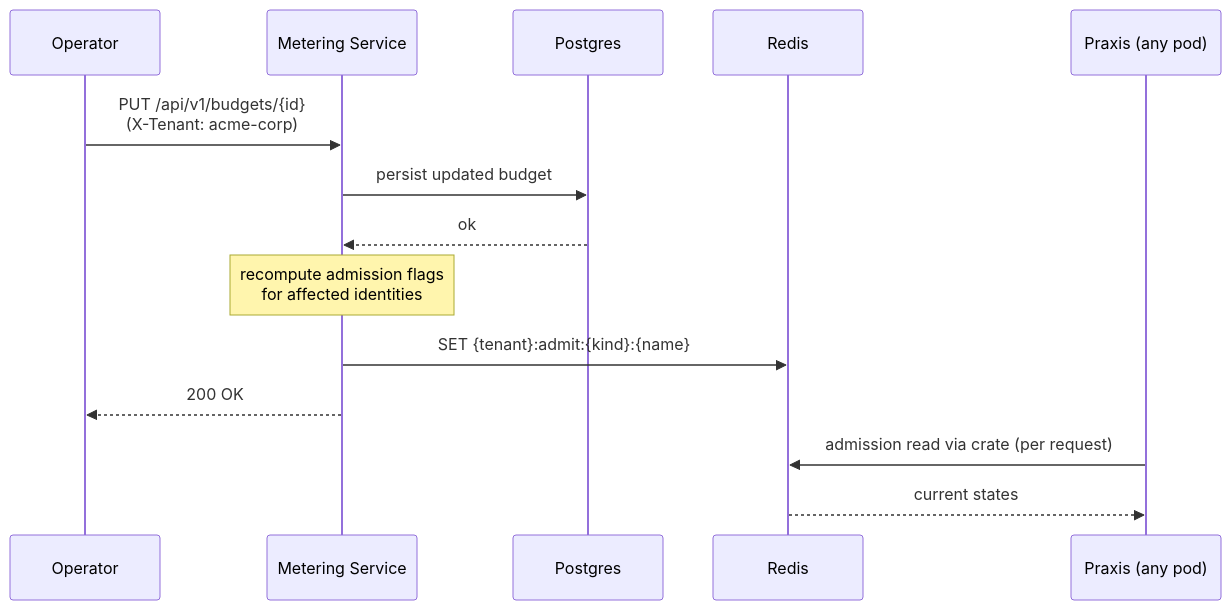
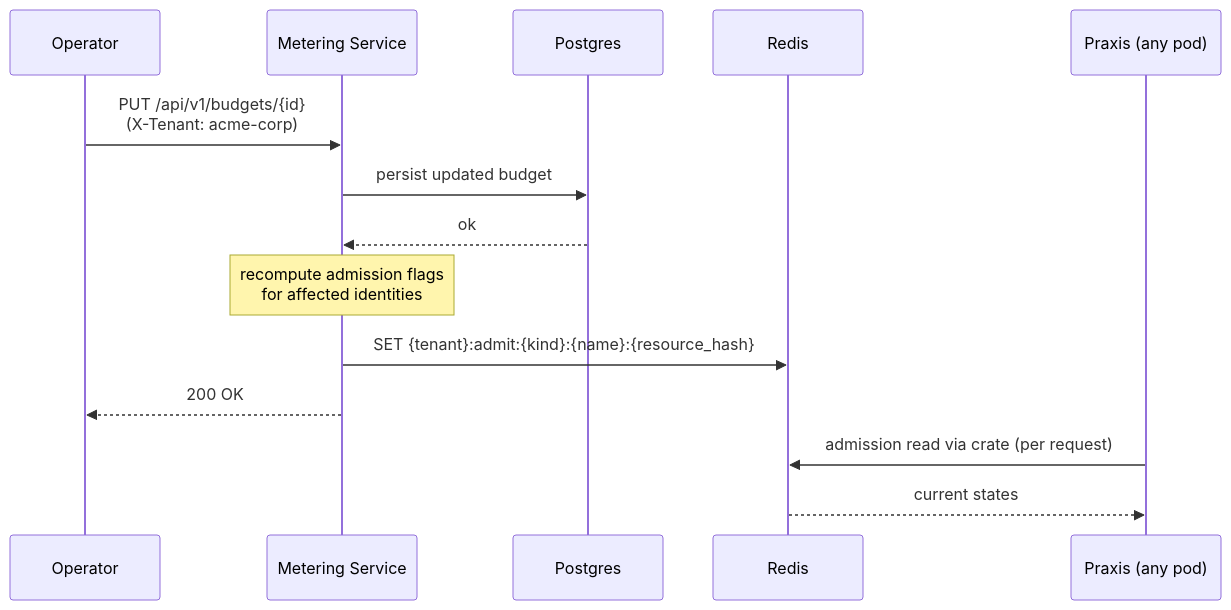
The third of 3 diagrams in architecture-decision-records/ai-gateway/ODH-ADR-0001-Tokenomics.md (opendatahub-io/architecture-decision-records), drawn with Mermaid before and after one commit. The commit also changed other lines of this file, not shown here.

Commit message:
doc: update the admission flags identity and resource resolution

````diff
--- a/architecture-decision-records/ai-gateway/ODH-ADR-0001-Tokenomics.md
+++ b/architecture-decision-records/ai-gateway/ODH-ADR-0001-Tokenomics.md
@@ -143,18 +143,18 @@
 ```mermaid
 sequenceDiagram
     participant Operator
     participant MeteringService as Metering Service
     participant Postgres
     participant Redis
     participant Praxis as Praxis (any pod)
 
     Operator->>MeteringService: PUT /api/v1/budgets/{id}<br>(X-Tenant: acme-corp)
     MeteringService->>Postgres: persist updated budget
     Postgres-->>MeteringService: ok
     Note over MeteringService: recompute admission flags<br>for affected identities
-    MeteringService->>Redis: SET {tenant}:admit:{kind}:{name}
+    MeteringService->>Redis: SET {tenant}:admit:{kind}:{name}:{resource_hash}
     MeteringService-->>Operator: 200 OK
 
     Praxis->>Redis: admission read via crate (per request)
     Redis-->>Praxis: current states
 ```
````
